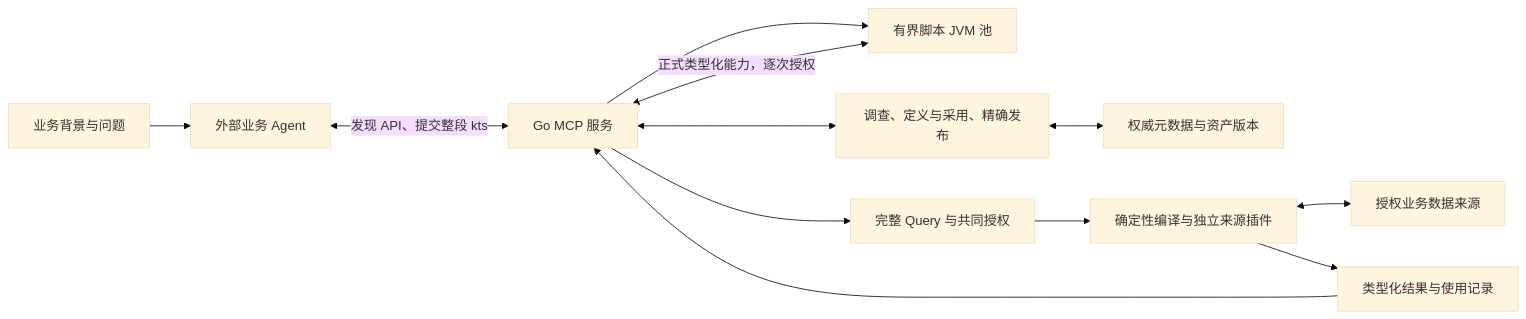
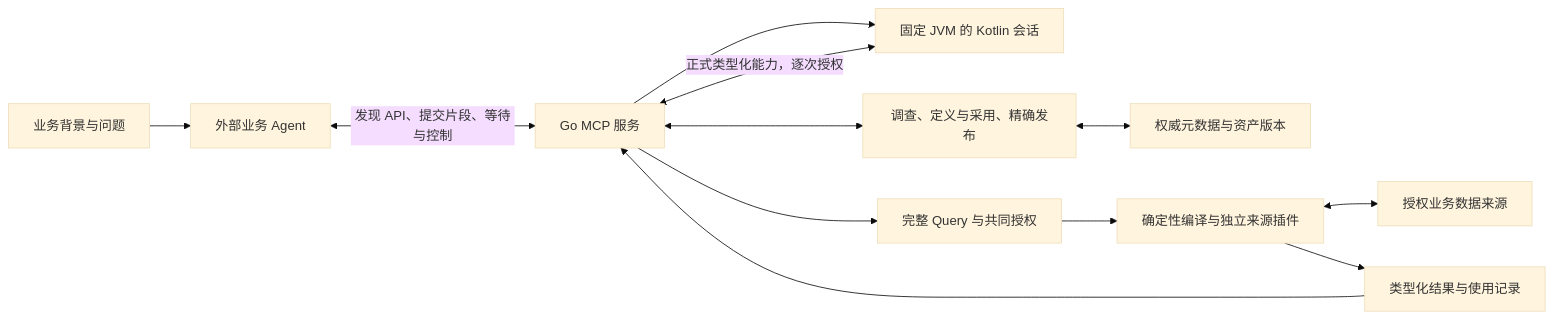
The diagram in docs/architecture.md (hanger-source/agentic-olap), drawn with Mermaid (base theme) before and after one commit. The commit also changed other lines of this file and 61 other files, not shown here.

````diff
--- a/docs/architecture.md
+++ b/docs/architecture.md
@@ -30,14 +30,14 @@
 ```mermaid
 flowchart LR
     B[业务背景与问题] --> A[外部业务 Agent]
-    A <-->|发现 API、提交整段 kts| S[Go MCP 服务]
-    S --> K[有界脚本 JVM 池]
+    A <-->|发现 API、提交片段、等待与控制| S[Go MCP 服务]
+    S --> K[固定 JVM 的 Kotlin 会话]
     K <-->|正式类型化能力，逐次授权| S
     S <--> G[调查、定义与采用、精确发布]
     G <--> M[权威元数据与资产版本]
     S --> Q[完整 Query 与共同授权]
     Q --> E[确定性编译与独立来源插件]
     E <--> D[授权业务数据来源]
     E --> R[类型化结果与使用记录]
     R --> S
 ```
````
